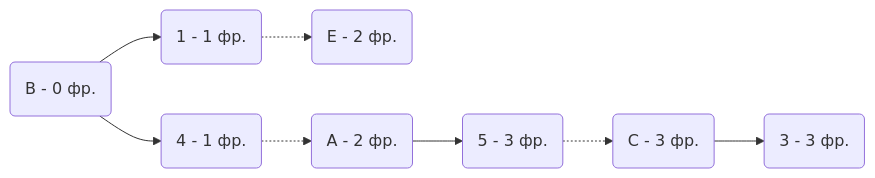
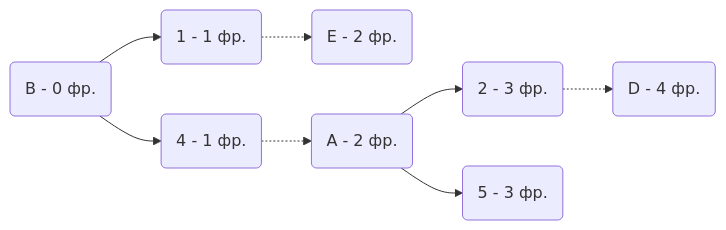
Before and after one commit to HSE-algo-23-crow/manual_tasks: the seventh of 9 diagrams in task_13/gigacode_task_13.md, drawn with Mermaid. The commit also changed other lines of this file, not shown here.

````diff
--- a/task_13/gigacode_task_13.md
+++ b/task_13/gigacode_task_13.md
@@ -219,5 +219,6 @@
 ```mermaid
 graph LR
     B(B - 0 фр.)  --> 1(1 - 1 фр.) -.-> E(E - 2 фр.)
-    B(B - 0 фр.)  --> 4(4 - 1 фр.) -.-> A(A - 2 фр.) --> 5(5 - 3 фр.) -.-> C(C - 3 фр.) --> 3(3 - 3 фр.)
+    B(B - 0 фр.)  --> 4(4 - 1 фр.) -.-> A(A - 2 фр.) --> 5(5 - 3 фр.) 
+    A(A - 2 фр.)  --> 2(2 - 3 фр.) -.-> D(D - 4 фр.)
 ```
````
